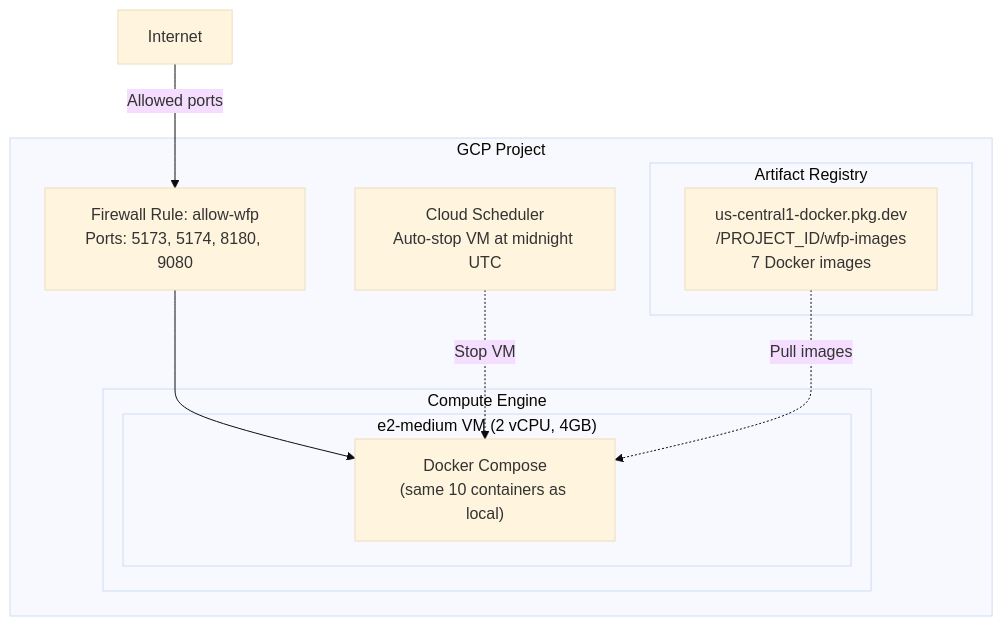
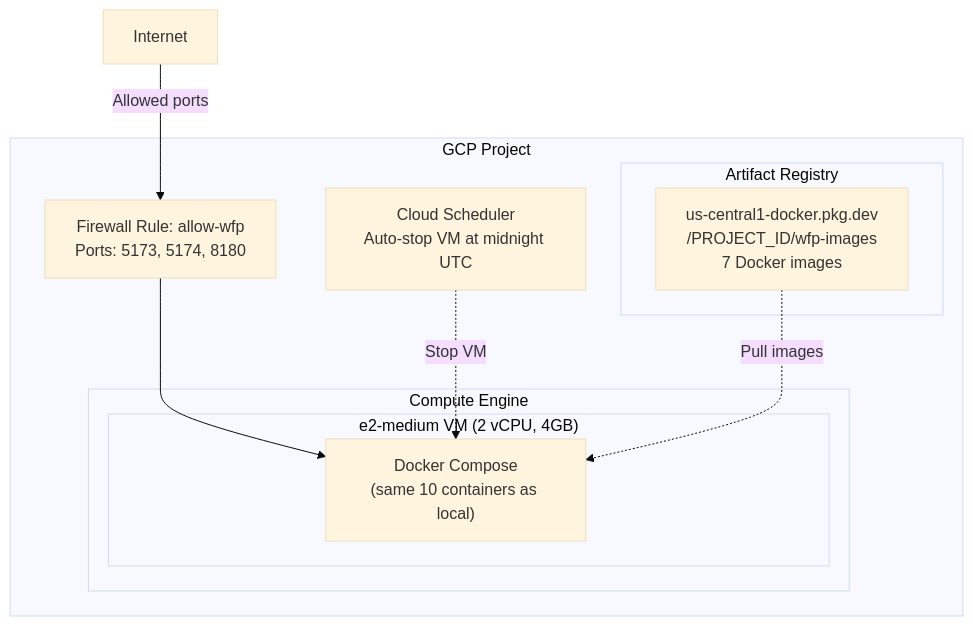
The fifth of 6 diagrams in docs/architecture/c4-deployment.md (mszalus/workflow-platform), drawn with Mermaid (base theme) before and after one commit. The commit also changed other lines of this file and 61 other files, not shown here.

````diff
--- a/docs/architecture/c4-deployment.md
+++ b/docs/architecture/c4-deployment.md
@@ -99,22 +92,22 @@
 ```mermaid
 flowchart TD
     subgraph "GCP Project"
         subgraph "Artifact Registry"
             AR["us-central1-docker.pkg.dev<br/>/PROJECT_ID/wfp-images<br/>7 Docker images"]
         end
 
         subgraph "Compute Engine"
             subgraph "e2-medium VM (2 vCPU, 4GB)"
                 DC["Docker Compose<br/>(same 10 containers as local)"]
             end
         end
 
-        FW["Firewall Rule: allow-wfp<br/>Ports: 5173, 5174, 8180, 9080"]
+        FW["Firewall Rule: allow-wfp<br/>Ports: 5173, 5174, 8180"]
         CS["Cloud Scheduler<br/>Auto-stop VM at midnight UTC"]
     end
 
     Internet["Internet"] -->|"Allowed ports"| FW
     FW --> DC
     CS -.->|"Stop VM"| DC
     AR -.->|"Pull images"| DC
 ```
````
